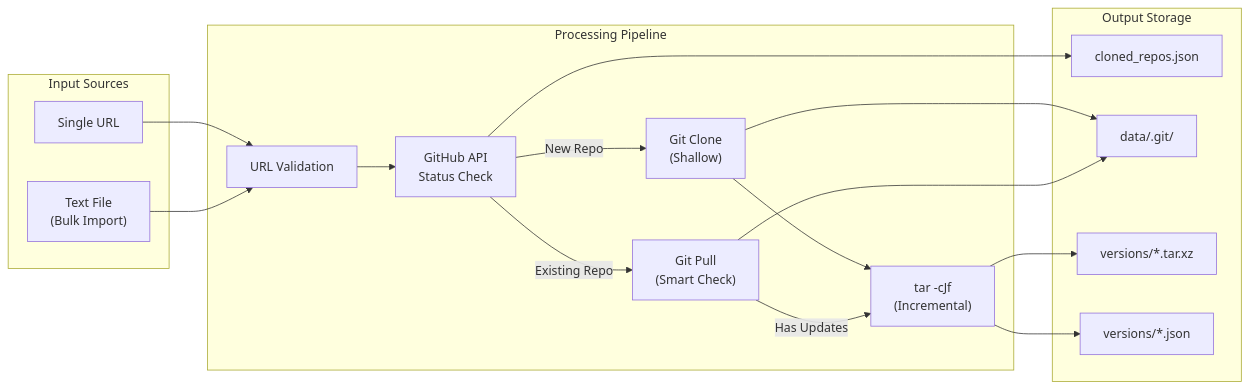
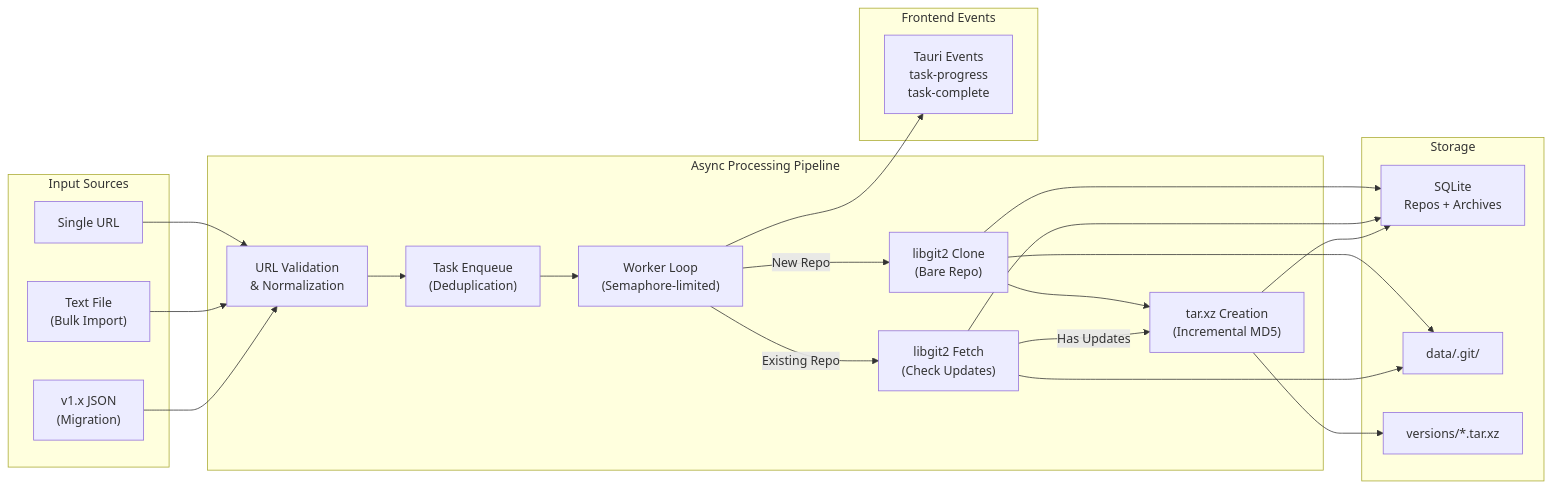
Before and after one commit to Technical-1/Git-Archiver: the second of 3 diagrams in .portfolio/architecture.md, drawn with Mermaid. The commit also changed other lines of this file and 3 other files, not shown here.

````diff
--- a/.portfolio/architecture.md
+++ b/.portfolio/architecture.md
@@ -72,36 +63,46 @@
 ```mermaid
 flowchart LR
     subgraph Input["Input Sources"]
         URL["Single URL"]
         BulkFile["Text File<br/>(Bulk Import)"]
+        LegacyJSON["v1.x JSON<br/>(Migration)"]
     end
 
-    subgraph Processing["Processing Pipeline"]
-        Validate["URL Validation"]
-        APICheck["GitHub API<br/>Status Check"]
-        Clone["Git Clone<br/>(Shallow)"]
-        Pull["Git Pull<br/>(Smart Check)"]
-        Archive["tar -cJf<br/>(Incremental)"]
+    subgraph Processing["Async Processing Pipeline"]
+        Validate["URL Validation<br/>& Normalization"]
+        Enqueue["Task Enqueue<br/>(Deduplication)"]
+        Worker["Worker Loop<br/>(Semaphore-limited)"]
+        Clone["libgit2 Clone<br/>(Bare Repo)"]
+        Fetch["libgit2 Fetch<br/>(Check Updates)"]
+        Archive["tar.xz Creation<br/>(Incremental MD5)"]
     end
 
-    subgraph Output["Output Storage"]
-        JSONDb["cloned_repos.json"]
+    subgraph Output["Storage"]
+        SQLiteDB["SQLite<br/>Repos + Archives"]
         RepoDir["data/<repo>.git/"]
         ArchiveDir["versions/*.tar.xz"]
-        Metadata["versions/*.json"]
+    end
+
+    subgraph Events["Frontend Events"]
+        Emit["Tauri Events<br/>task-progress<br/>task-complete"]
     end
 
     URL --> Validate
     BulkFile --> Validate
-    Validate --> APICheck
-    APICheck --> |"New Repo"| Clone
-    APICheck --> |"Existing Repo"| Pull
+    LegacyJSON --> Validate
+    Validate --> Enqueue
+    Enqueue --> Worker
+    Worker --> |"New Repo"| Clone
+    Worker --> |"Existing Repo"| Fetch
     Clone --> Archive
-    Pull --> |"Has Updates"| Archive
+    Fetch --> |"Has Updates"| Archive
 
-    APICheck --> JSONDb
+    Clone --> SQLiteDB
+    Fetch --> SQLiteDB
+    Archive --> SQLiteDB
     Clone --> RepoDir
-    Pull --> RepoDir
+    Fetch --> RepoDir
     Archive --> ArchiveDir
-    Archive --> Metadata
+
+    Worker --> Emit
 ```
````
